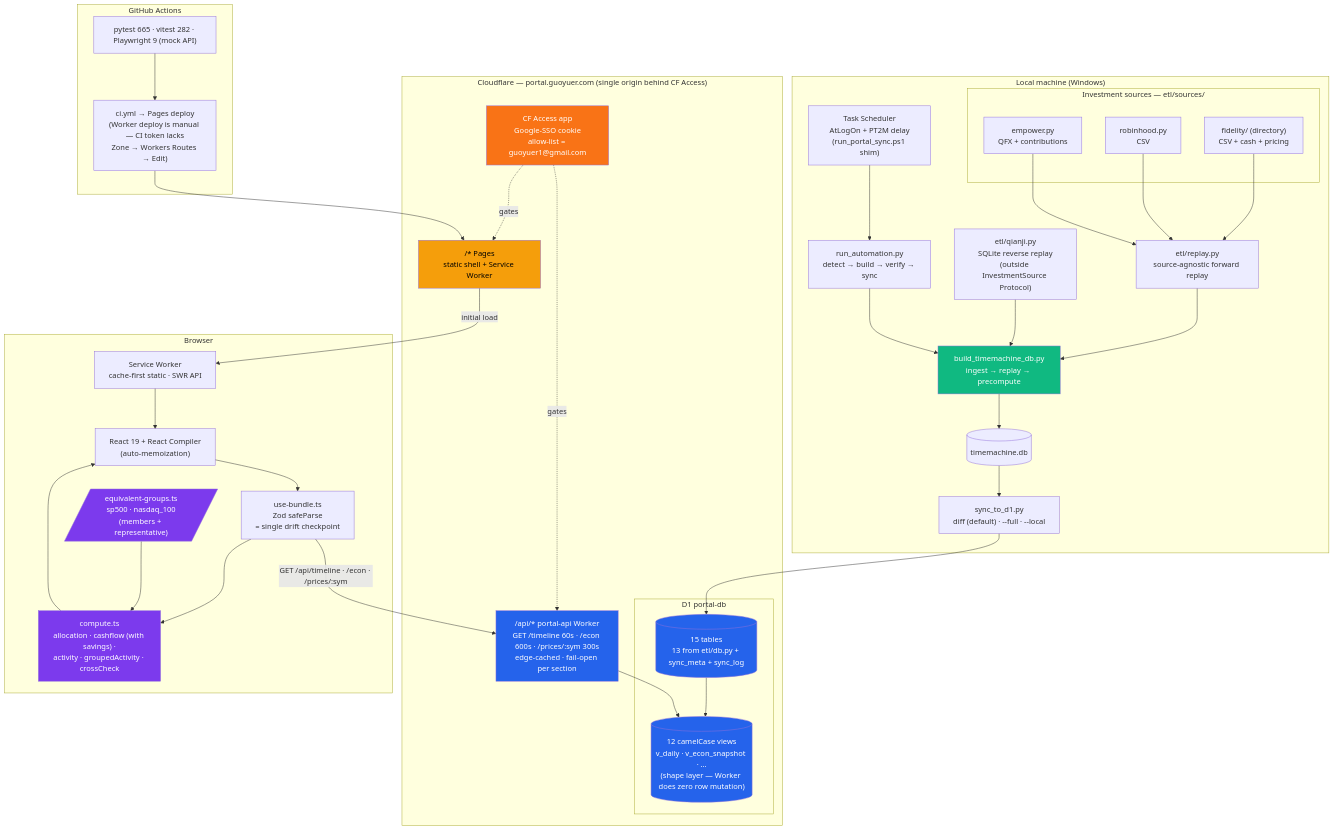
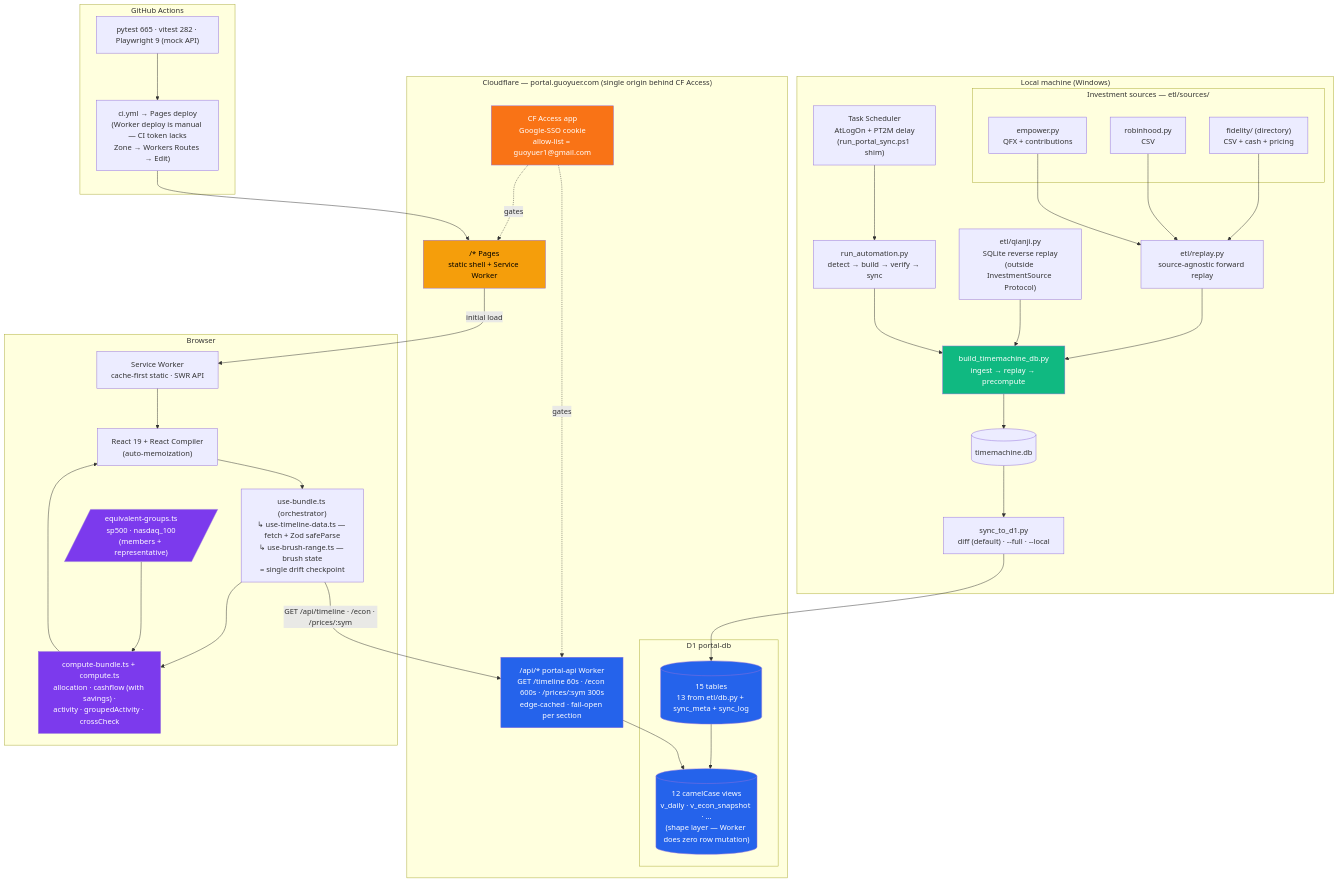
Before and after one commit to Guoyuer/portal: the first of 3 diagrams in README.md, drawn with Mermaid. The commit also changed other lines of this file and 2 other files, not shown here.

First line of the commit message:
docs: update diagrams + prose for the useBundle split

````diff
--- a/README.md
+++ b/README.md
@@ -9,65 +9,65 @@
 ```mermaid
 graph TB
     subgraph Local["Local machine (Windows)"]
         TASK["Task Scheduler<br/>AtLogOn + PT2M delay<br/>(run_portal_sync.ps1 shim)"]
         AUTO["run_automation.py<br/>detect → build → verify → sync"]
         subgraph Sources["Investment sources — etl/sources/"]
             FID["fidelity/ (directory)<br/>CSV + cash + pricing"]
             RH["robinhood.py<br/>CSV"]
             EMP["empower.py<br/>QFX + contributions"]
         end
         QJ["etl/qianji.py<br/>SQLite reverse replay<br/>(outside InvestmentSource Protocol)"]
         REPLAY["etl/replay.py<br/>source-agnostic forward replay"]
         BUILD["build_timemachine_db.py<br/>ingest → replay → precompute"]
         DB[(timemachine.db)]
         SYNC["sync_to_d1.py<br/>diff (default) · --full · --local"]
     end
 
     subgraph Cloud["Cloudflare — portal.guoyuer.com (single origin behind CF Access)"]
         ACCESS["CF Access app<br/>Google-SSO cookie<br/>allow-list = guoyuer1@gmail.com"]
         PAGES["/* Pages<br/>static shell + Service Worker"]
         WAPI["/api/* portal-api Worker<br/>GET /timeline 60s · /econ 600s · /prices/:sym 300s<br/>edge-cached · fail-open per section"]
         subgraph D1Layer["D1 portal-db"]
             TABLES[(15 tables<br/>13 from etl/db.py + sync_meta + sync_log)]
             VIEWS[("12 camelCase views<br/>v_daily · v_econ_snapshot · …<br/>(shape layer — Worker does zero row mutation)")]
             TABLES --> VIEWS
         end
     end
 
     subgraph Browser["Browser"]
         SW["Service Worker<br/>cache-first static · SWR API"]
-        BUNDLE["use-bundle.ts<br/>Zod safeParse<br/>= single drift checkpoint"]
-        COMPUTE["compute.ts<br/>allocation · cashflow (with savings) ·<br/>activity · groupedActivity · crossCheck"]
+        BUNDLE["use-bundle.ts (orchestrator)<br/>↳ use-timeline-data.ts — fetch + Zod safeParse<br/>↳ use-brush-range.ts — brush state<br/>= single drift checkpoint"]
+        COMPUTE["compute-bundle.ts + compute.ts<br/>allocation · cashflow (with savings) ·<br/>activity · groupedActivity · crossCheck"]
         GROUPS[/"equivalent-groups.ts<br/>sp500 · nasdaq_100<br/>(members + representative)"/]
         UI["React 19 + React Compiler<br/>(auto-memoization)"]
     end
 
     subgraph CI["GitHub Actions"]
         CI_TEST["pytest 665 · vitest 282 · Playwright 9 (mock API)"]
         CI_DEPLOY["ci.yml → Pages deploy<br/>(Worker deploy is manual — CI token lacks<br/>Zone → Workers Routes → Edit)"]
     end
 
     FID & RH & EMP --> REPLAY
     REPLAY --> BUILD
     QJ --> BUILD
     TASK --> AUTO --> BUILD --> DB --> SYNC --> TABLES
 
     ACCESS -.gates.-> PAGES & WAPI
     PAGES -->|initial load| SW --> UI
     UI --> BUNDLE
     BUNDLE --> COMPUTE --> UI
     GROUPS --> COMPUTE
     BUNDLE -->|"GET /api/timeline · /econ · /prices/:sym"| WAPI
     WAPI --> VIEWS
 
     CI_TEST --> CI_DEPLOY --> PAGES
 
     style BUILD fill:#10b981,color:#fff
     style WAPI fill:#2563eb,color:#fff
     style PAGES fill:#f59e0b,color:#000
     style ACCESS fill:#f97316,color:#fff
     style TABLES fill:#2563eb,color:#fff
     style VIEWS fill:#2563eb,color:#fff
     style COMPUTE fill:#7c3aed,color:#fff
     style GROUPS fill:#7c3aed,color:#fff
 ```
````
